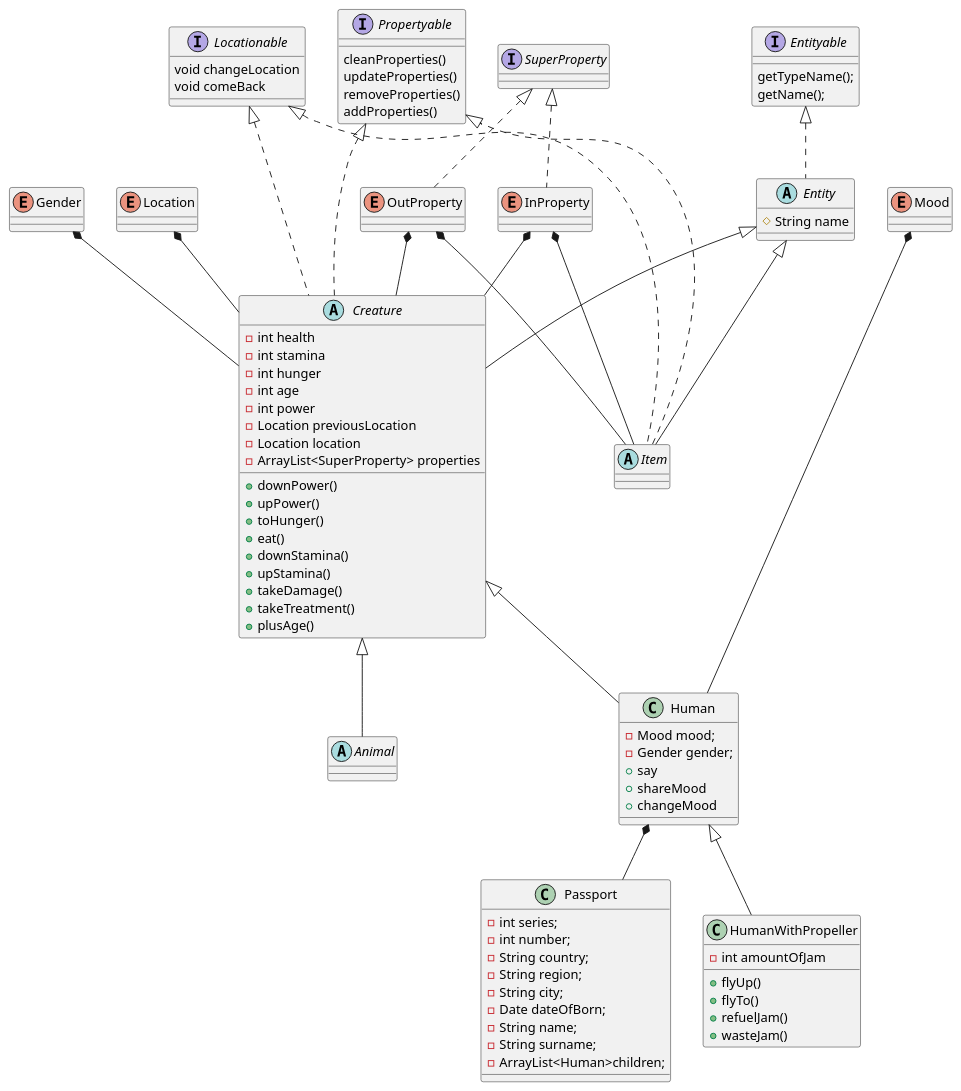
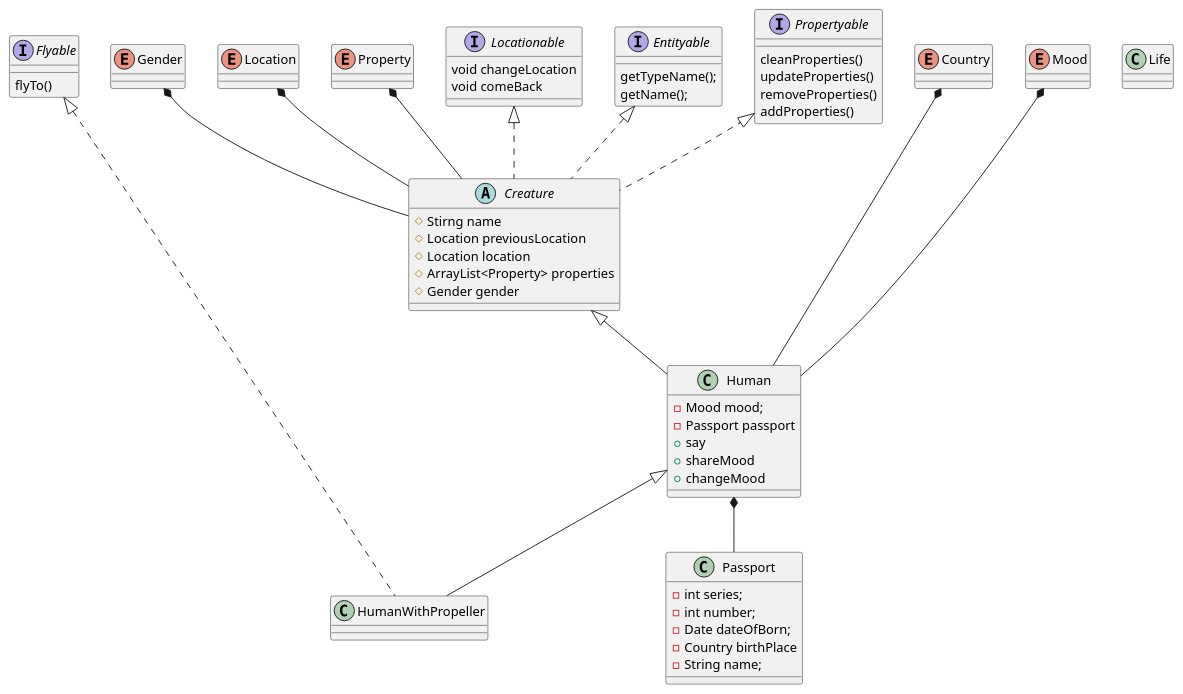
One commit to IlyaKonFetka/lab3 changed the diagram in UML.puml. Above: the diagram before and after it, drawn with PlantUML. The commit also changed 14 other files, not shown here.

```diff
--- a/UML.puml
+++ b/UML.puml
@@ -1,98 +1,67 @@
 @startuml
 'https://plantuml.com/sequence-diagram
 class Human{
     -Mood mood;
-    -Gender gender;
+    -Passport passport
     +say
     +shareMood
     +changeMood
 }
 class Passport{
     -int series;
     -int number;
-    -String country;
-    -String region;
-    -String city;
     -Date dateOfBorn;
+    -Country birthPlace
     -String name;
-    -String surname;
-    -ArrayList<Human>children;
 }
-abstract class Animal
 abstract class Creature{
-    -int health
-    -int stamina
-    -int hunger
-    -int age
-    -int power
-    -Location previousLocation
-    -Location location
-    -ArrayList<SuperProperty> properties
-    +downPower()
-    +upPower()
-    +toHunger()
-    +eat()
-    +downStamina()
-    +upStamina()
-    +takeDamage()
-    +takeTreatment()
-    +plusAge()
+    #Stirng name
+    #Location previousLocation
+    #Location location
+    #ArrayList<Property> properties
+    #Gender gender
 }
 class HumanWithPropeller{
-    -int amountOfJam
-    +flyUp()
-    +flyTo()
-    +refuelJam()
-    +wasteJam()
 }
-abstract class Item
-abstract class Entity{
-    #String name
-}
+enum Country
 enum Gender
 enum Location
 enum Mood
-enum InProperty
-enum OutProperty
+enum Property
 
 Interface Locationable{
     void changeLocation
     void comeBack
 }
 Interface Entityable{
     getTypeName();
     getName();
 }
 Interface Propertyable{
     cleanProperties()
     updateProperties()
     removeProperties()
     addProperties()
 }
-Interface SuperProperty
+Interface Flyable{
+    flyTo()
+}
 
 Gender *-- Creature
 Location *-- Creature
 Mood *--- Human
-InProperty *-- Creature
-InProperty *-- Item
-OutProperty *-- Creature
-OutProperty *-- Item
+Country *--- Human
+Property *-- Creature
 
 Human *-- Passport
 
-Entityable <|.. Entity
 Locationable <|.. Creature
-Propertyable <|... Item
-Locationable <|... Item
-SuperProperty <|..InProperty
-SuperProperty <|..OutProperty
 Propertyable <|.. Creature
+Entityable <|.. Creature
+Flyable <|.... HumanWithPropeller
 
-Entity <|-- Creature
 Creature <|-- Human
-Creature <|-- Animal
 Human <|-- HumanWithPropeller
-Entity <|-- Item
 
+class Life
 @enduml
```
